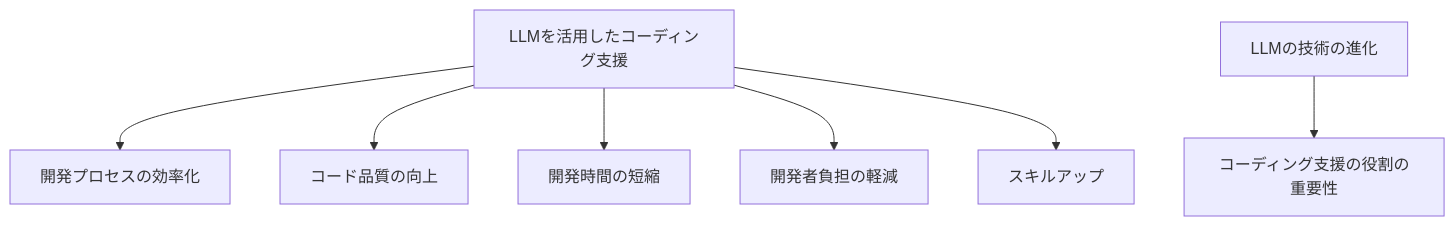
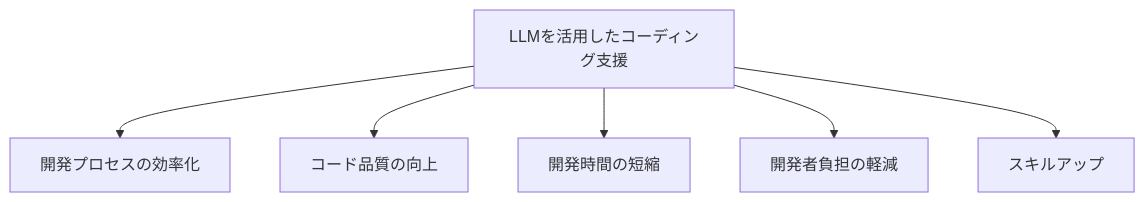
Before and after one commit to SparklingDetergent/doc_genai_About_specific_use_cases_for_large-scale_language_models_LLM: the seventh of 8 diagrams in README.md, drawn with Mermaid. The commit also changed other lines of this file, not shown here.

````diff
--- a/README.md
+++ b/README.md
@@ -185,10 +188,8 @@
 ```mermaid
 graph TB
     A[LLMを活用したコーディング支援] --> B[開発プロセスの効率化]
     A --> C[コード品質の向上]
     A --> D[開発時間の短縮]
     A --> E[開発者負担の軽減]
     A --> F[スキルアップ]
-    G[LLMの技術の進化]
-    G --> H[コーディング支援の役割の重要性]
 ```
````
